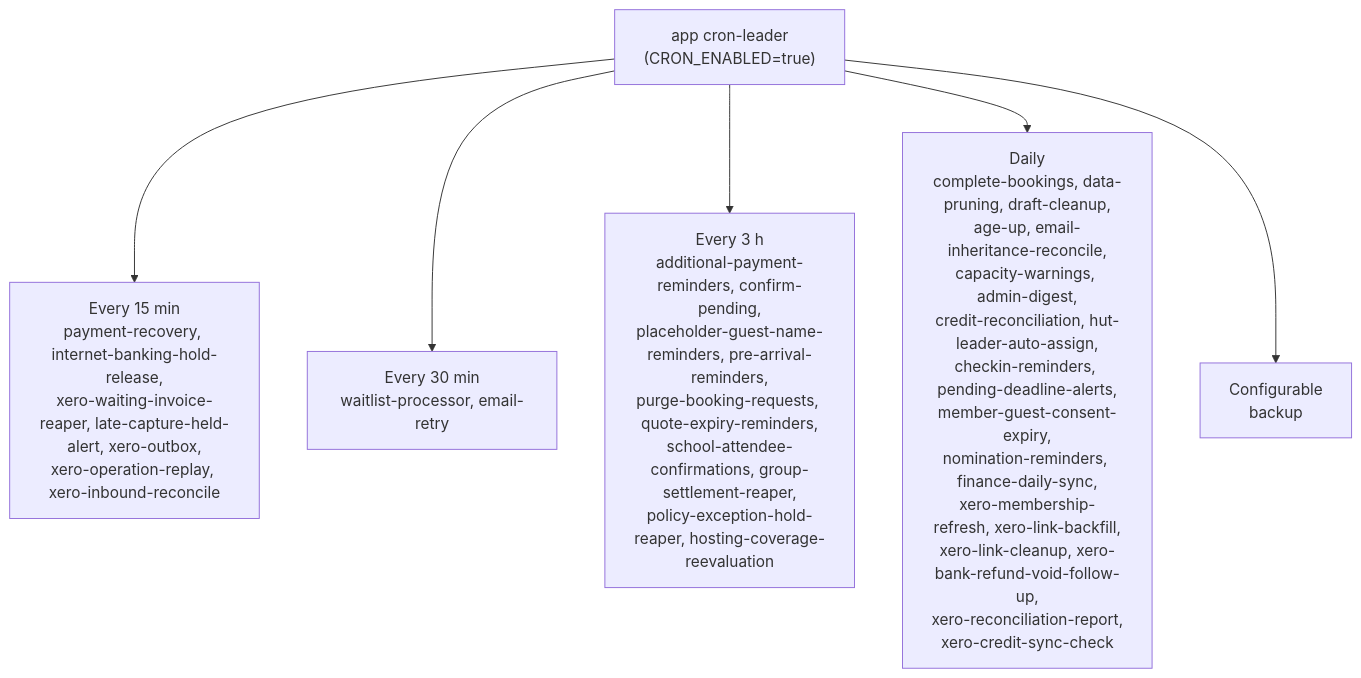
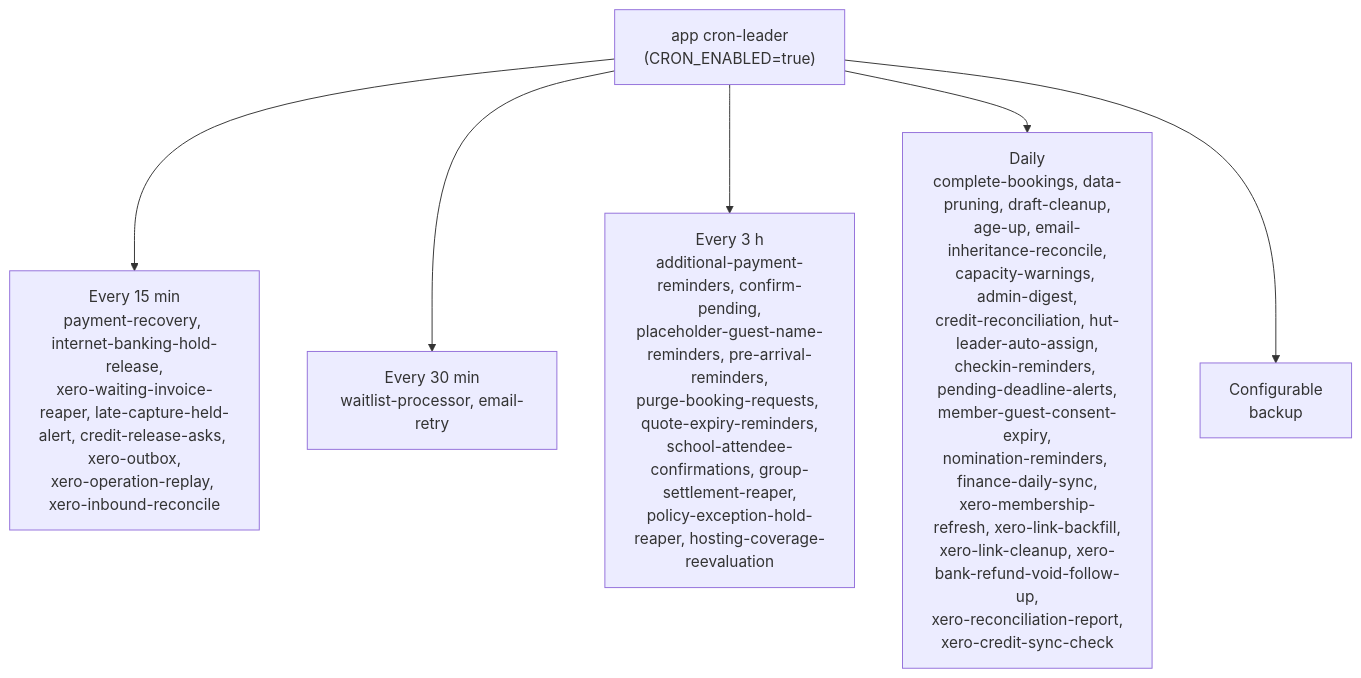
Before and after one commit to hitchcocknz/AlpineClubBookingsNZ: the fifth of 5 diagrams in docs/ARCHITECTURE.md, drawn with Mermaid. The commit also changed other lines of this file and 36 other files, not shown here.

````diff
--- a/docs/ARCHITECTURE.md
+++ b/docs/ARCHITECTURE.md
@@ -3290,9 +3290,9 @@
 ```mermaid
 flowchart TD
     Leader["app cron-leader<br/>(CRON_ENABLED=true)"]
-    Leader --> Q15["Every 15 min<br/>payment-recovery, internet-banking-hold-release,<br/>xero-waiting-invoice-reaper, late-capture-held-alert, xero-outbox,<br/>xero-operation-replay, xero-inbound-reconcile"]
+    Leader --> Q15["Every 15 min<br/>payment-recovery, internet-banking-hold-release,<br/>xero-waiting-invoice-reaper, late-capture-held-alert, credit-release-asks, xero-outbox,<br/>xero-operation-replay, xero-inbound-reconcile"]
     Leader --> Q30["Every 30 min<br/>waitlist-processor, email-retry"]
     Leader --> Q3h["Every 3 h<br/>additional-payment-reminders, confirm-pending,<br/>placeholder-guest-name-reminders, pre-arrival-reminders,<br/>purge-booking-requests, quote-expiry-reminders,<br/>school-attendee-confirmations, group-settlement-reaper,<br/>policy-exception-hold-reaper, hosting-coverage-reevaluation"]
     Leader --> Daily["Daily<br/>complete-bookings, data-pruning, draft-cleanup,<br/>age-up, email-inheritance-reconcile,<br/>capacity-warnings, admin-digest,<br/>credit-reconciliation, hut-leader-auto-assign,<br/>checkin-reminders, pending-deadline-alerts,<br/>member-guest-consent-expiry,<br/>nomination-reminders, finance-daily-sync,<br/>xero-membership-refresh, xero-link-backfill,<br/>xero-link-cleanup, xero-bank-refund-void-follow-up,<br/>xero-reconciliation-report,<br/>xero-credit-sync-check"]
     Leader --> Cfg["Configurable<br/>backup"]
 ```
````
